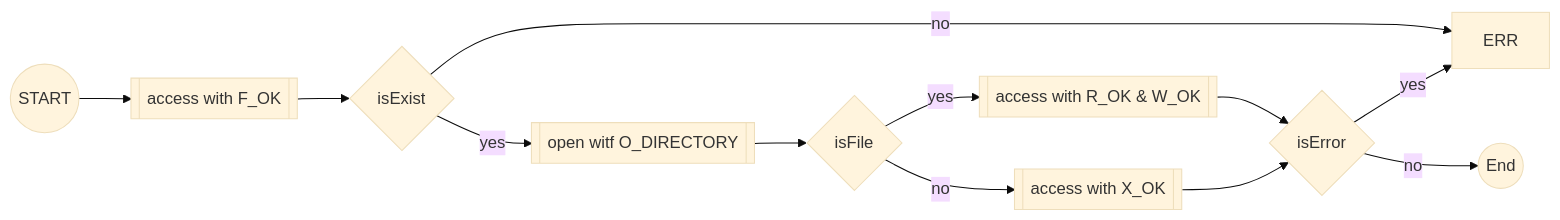
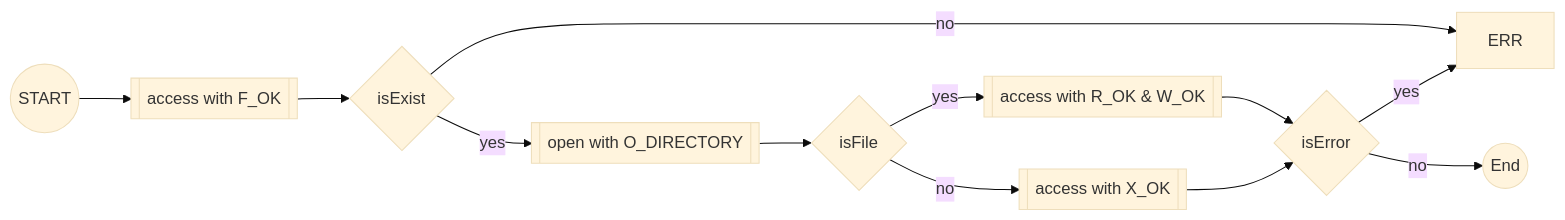
The fourth of 4 diagrams in README.md (BarrierAntho/42_pipex), drawn with Mermaid (base theme) before and after one commit. The commit also changed other lines of this file, not shown here.

First line of the commit message:
RDME - update content and add flowchart

````diff
--- a/README.md
+++ b/README.md
@@ -91,23 +157,23 @@
 ```mermaid
 flowchart LR
     START((START))
     END((End))
     IsError{isError}
     IsExist{isExist}
     IsFile{isFile}
-    open[[open witf O_DIRECTORY]]
+    open[[open with O_DIRECTORY]]
     AccessExist[[access with F_OK]]
     AccessFile[[access with R_OK & W_OK]]
     AccessDir[[access with X_OK]]
 
     START --> AccessExist
     AccessExist --> IsExist
     IsExist --> |no| ERR
     IsExist --> |yes|open
     open --> IsFile
     IsFile --> |no| AccessDir
     IsFile --> |yes| AccessFile
     AccessFile & AccessDir --> IsError
     IsError --> |no| END
     IsError --> |yes| ERR
 ```
````
